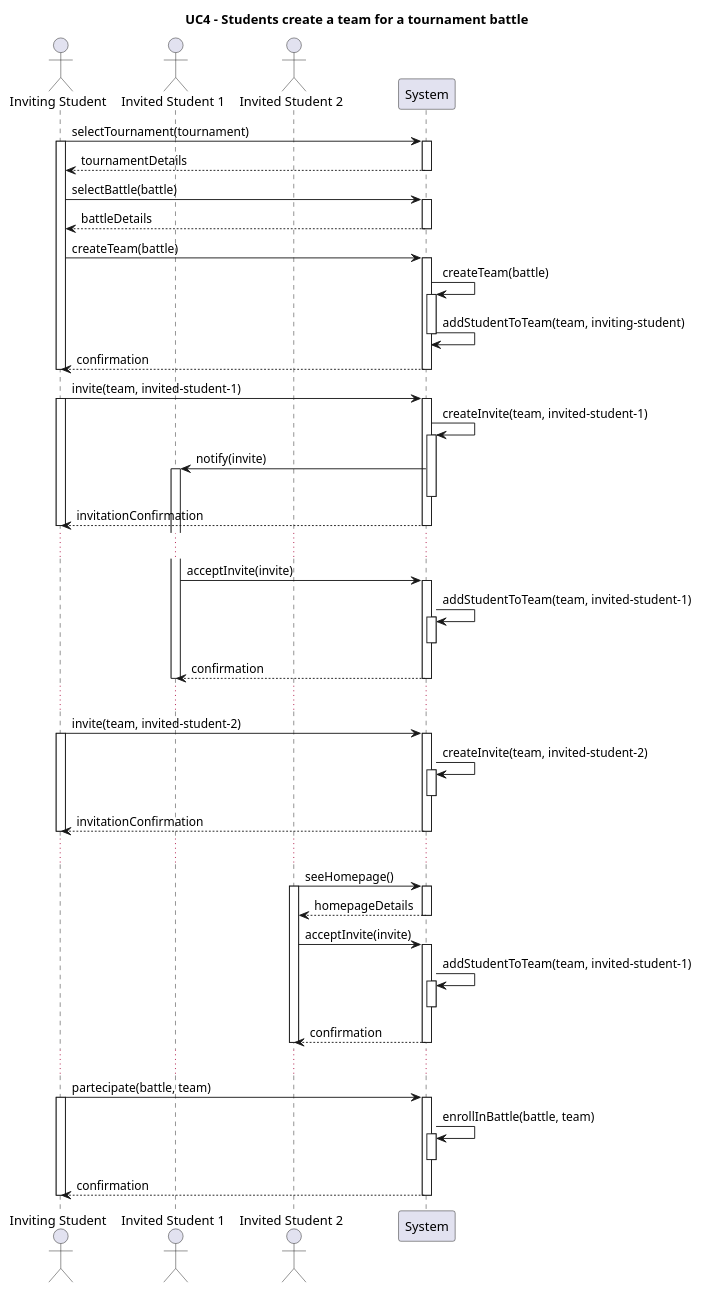
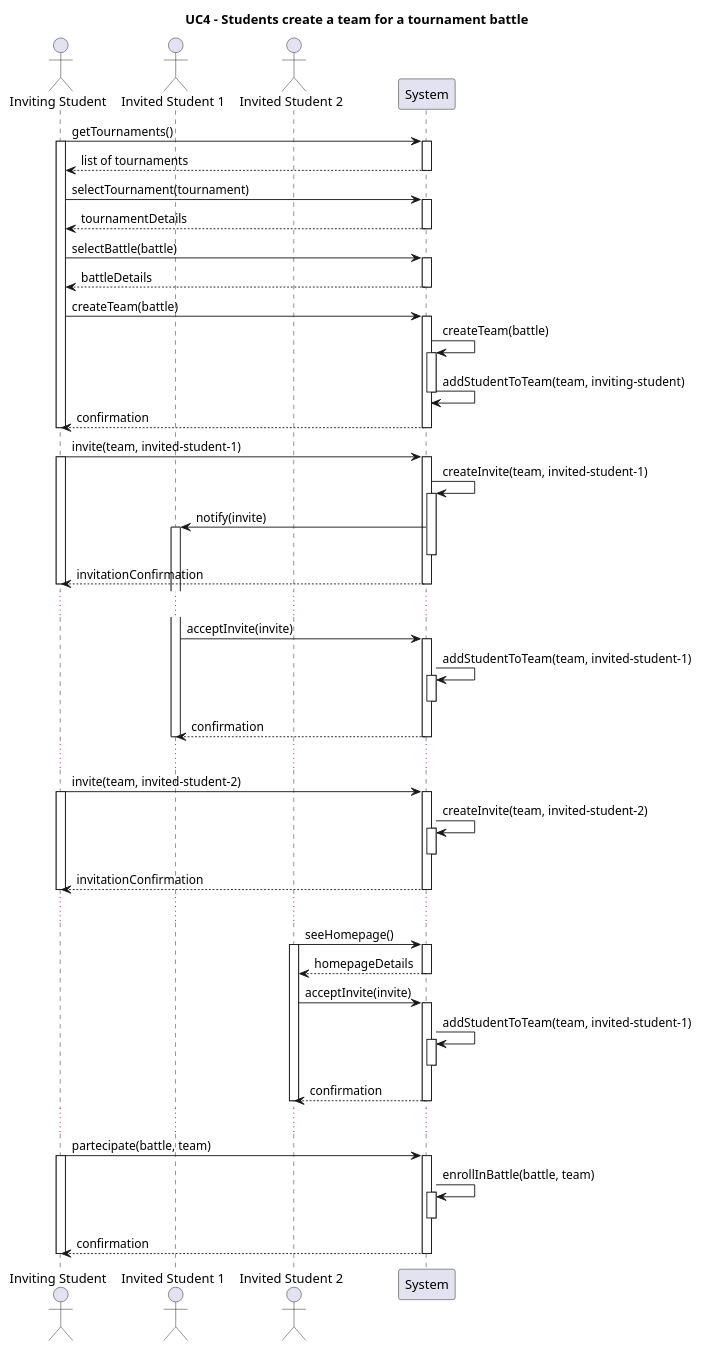
The diagram in rasd/puml/UC4.puml (Furrrlo/CodeKataBattle), drawn with PlantUML before and after one commit. The commit also changed 7 other files, not shown here.

Commit message:
Fixed Entry and Flow for each Use Case wrt specs

```diff
--- a/rasd/puml/UC4.puml
+++ b/rasd/puml/UC4.puml
@@ -1,61 +1,65 @@
 @startuml UC4
 title UC4 - Students create a team for a tournament battle   
 actor "Inviting Student" as inviting
 actor "Invited Student 1" as notif
 actor "Invited Student 2" as invited
 participant System
 
+inviting -> System ++: getTournaments()
+activate inviting
+System --> inviting--: list of tournaments
+
 inviting -> System ++ : selectTournament(tournament)
-activate inviting
+
 inviting <-- System -- : tournamentDetails
 
 inviting -> System ++ : selectBattle(battle)
 inviting <-- System -- : battleDetails
 
 inviting -> System ++ : createTeam(battle)
 System -> System ++ : createTeam(battle)
 System -> System -- : addStudentToTeam(team, inviting-student)
 inviting <-- System -- : confirmation
 deactivate inviting
 
 inviting -> System ++ : invite(team, invited-student-1)
 activate inviting
 System -> System ++ : createInvite(team, invited-student-1)
 notif <- System  ++-- : notify(invite)
 inviting <-- System -- : invitationConfirmation
 deactivate inviting
 
 ...
 
 notif -> System ++ : acceptInvite(invite)
 System -> System ++-- : addStudentToTeam(team, invited-student-1)
 notif <-- System -- : confirmation
 deactivate notif
 
 ...
 
 inviting -> System ++ : invite(team, invited-student-2)
 activate inviting
 System -> System ++-- : createInvite(team, invited-student-2)
 inviting <-- System -- : invitationConfirmation
 deactivate inviting
 ...
 
 invited -> System ++ : seeHomepage()
 activate invited
 invited <-- System -- : homepageDetails
 
 invited -> System ++ : acceptInvite(invite)
 System -> System ++-- : addStudentToTeam(team, invited-student-1)
 invited <-- System -- : confirmation
 deactivate invited
 
 ...
 
 inviting -> System ++ : partecipate(battle, team)
 activate inviting
 System -> System ++-- : enrollInBattle(battle, team)
 inviting <-- System -- : confirmation
 deactivate inviting
 
 @enduml
```
